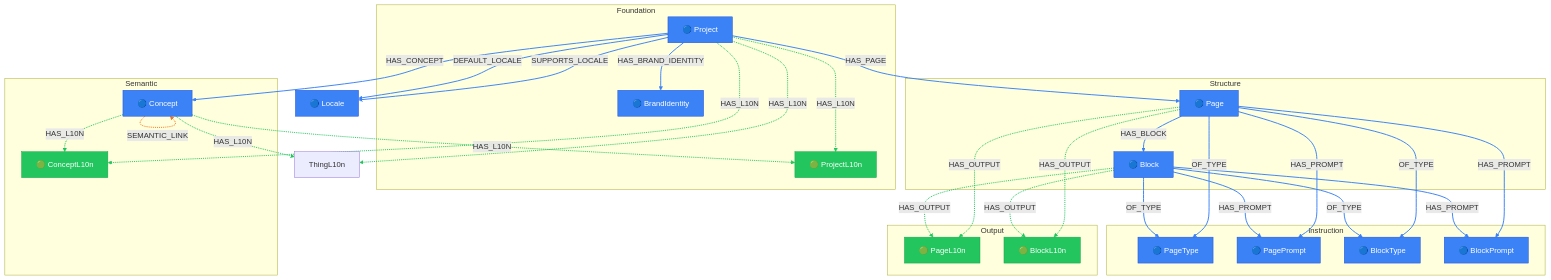
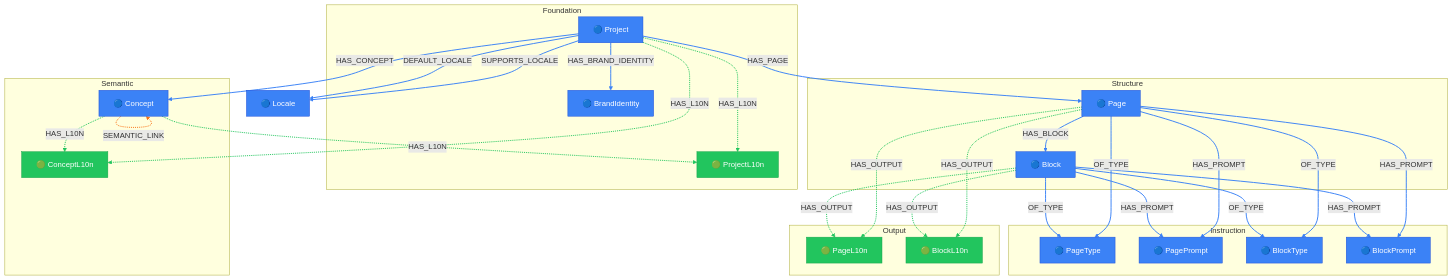
Before and after one commit to supernovae-st/novanet: the diagram in packages/core/models/docs/project-layer.md, drawn with Mermaid. The commit also changed 19 other files, not shown here.

First line of the commit message:
docs(v10.1): comprehensive cleanup after SEO architecture refactor

````diff
--- a/packages/core/models/docs/project-layer.md
+++ b/packages/core/models/docs/project-layer.md
@@ -33,7 +33,7 @@
 ```mermaid
 flowchart TB
   %% View: Project Layer (project-layer)
-  %% 14 nodes, 25 edges
+  %% 14 nodes, 23 edges
 
   %% Trait styling (node_trait)
   classDef invariant fill:#3b82f6,stroke:#1d4ed8,color:#fff
@@ -82,7 +82,6 @@
   Block -->|OF_TYPE| PageType
   Concept -.->|HAS_L10N| ConceptL10n
   Concept -.->|HAS_L10N| ProjectL10n
-  Concept -.->|HAS_L10N| ThingL10n
   Concept -.->|SEMANTIC_LINK| Concept
   Page -->|HAS_BLOCK| Block
   Page -.->|HAS_OUTPUT| BlockL10n
@@ -96,14 +95,13 @@
   Project -->|HAS_CONCEPT| Concept
   Project -.->|HAS_L10N| ConceptL10n
   Project -.->|HAS_L10N| ProjectL10n
-  Project -.->|HAS_L10N| ThingL10n
   Project -->|HAS_PAGE| Page
   Project -->|SUPPORTS_LOCALE| Locale
 
   %% Edge colors by family
-  linkStyle 0,1,6,7,8,11,12,20,21,22 stroke:#22c55e,stroke-width:2px
-  linkStyle 2,3,4,5,10,13,14,15,16,17,18,19,23,24 stroke:#3b82f6,stroke-width:2px
-  linkStyle 9 stroke:#f97316,stroke-width:2px
+  linkStyle 0,1,6,7,10,11,19,20 stroke:#22c55e,stroke-width:2px
+  linkStyle 2,3,4,5,9,12,13,14,15,16,17,18,21,22 stroke:#3b82f6,stroke-width:2px
+  linkStyle 8 stroke:#f97316,stroke-width:2px
 
   %% Class assignments
   class Block invariant
````
